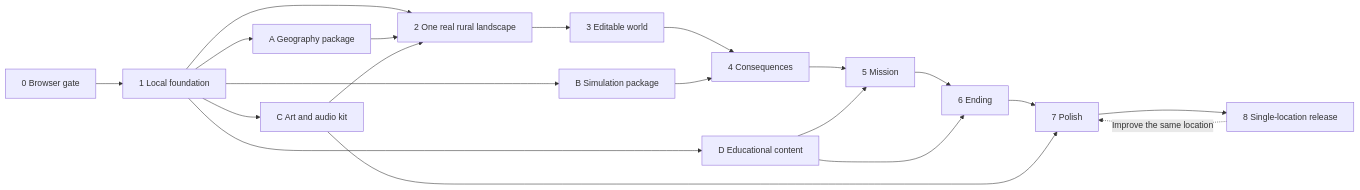
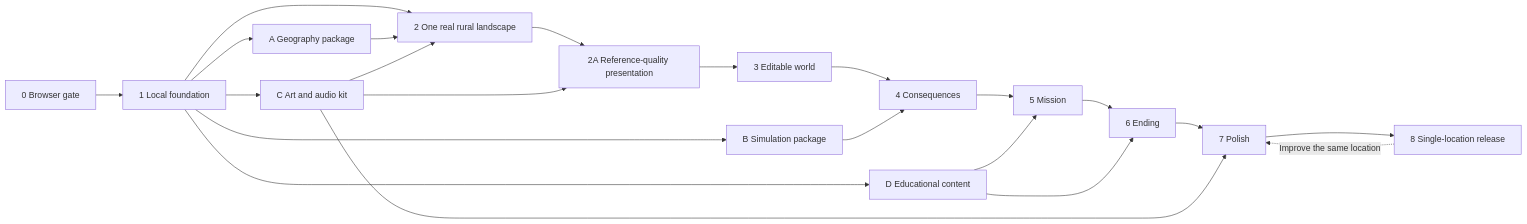
The diagram in IMPLEMENTATION_PLAN.md (namanpro47/MyTerrain), drawn with Mermaid before and after one commit. The commit also changed other lines of this file and 50 other files, not shown here.

````diff
--- a/IMPLEMENTATION_PLAN.md
+++ b/IMPLEMENTATION_PLAN.md
@@ -48,22 +53,24 @@
 ```mermaid
 flowchart LR
   P0[0 Browser gate] --> P1[1 Local foundation]
   P1 --> P2[2 One real rural landscape]
-  P2 --> P3[3 Editable world]
+  P2 --> P2A[2A Reference-quality presentation]
+  P2A --> P3[3 Editable world]
   P3 --> P4[4 Consequences]
   P4 --> P5[5 Mission]
   P5 --> P6[6 Ending]
   P6 --> P7[7 Polish]
   P7 --> P8[8 Single-location release]
   P8 -. Improve the same location .-> P7
   P1 --> A[A Geography package]
   A --> P2
   P1 --> B[B Simulation package]
   B --> P4
   P1 --> C[C Art and audio kit]
   C --> P2
+  C --> P2A
   C --> P7
   P1 --> D[D Educational content]
   D --> P5
   D --> P6
 ```
````
